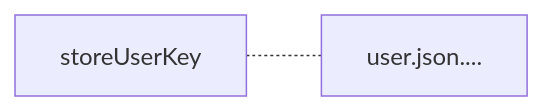
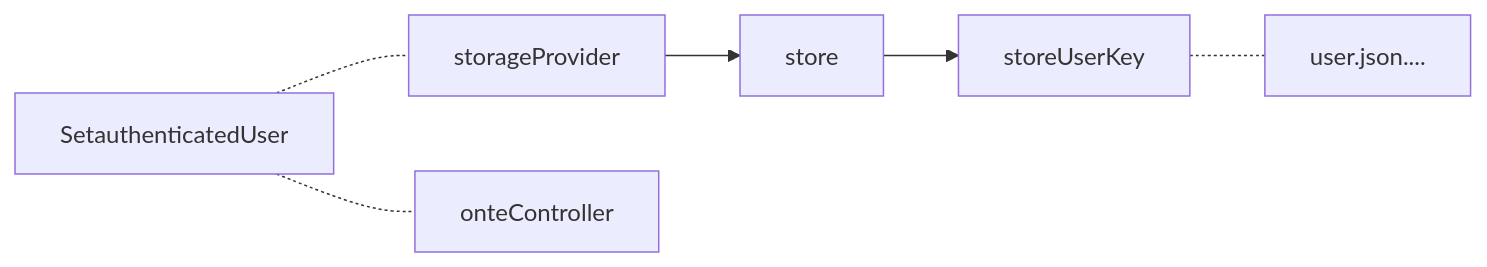
The fourth of 6 diagrams in newage/astro.md (gordianknotC/nxp_note), drawn with Mermaid before and after one commit. The commit also changed other lines of this file, not shown here.

Commit message:
newage/astro.md updated from https://stackedit.io/

````diff
--- a/newage/astro.md
+++ b/newage/astro.md
@@ -46,5 +46,8 @@
 ```mermaid
 graph LR
 storeUserKey -.- user.json....
-
+SetauthenticatedUser -.- storageProvider
+SetauthenticatedUser -.- onteController
+storageProvider --> store
+store --> storeUserKey
 ```
````
